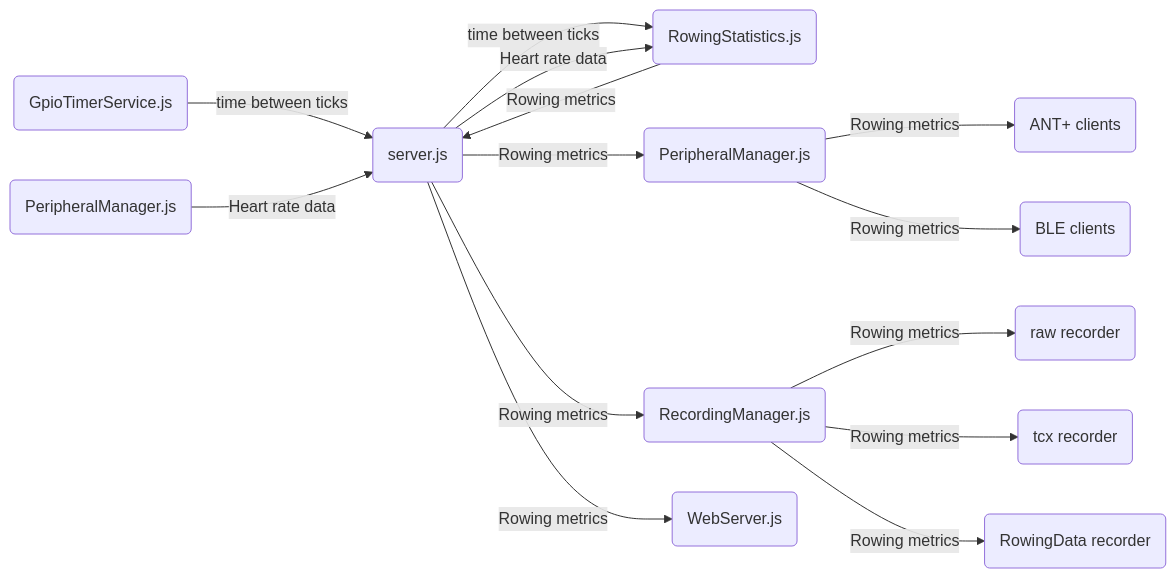
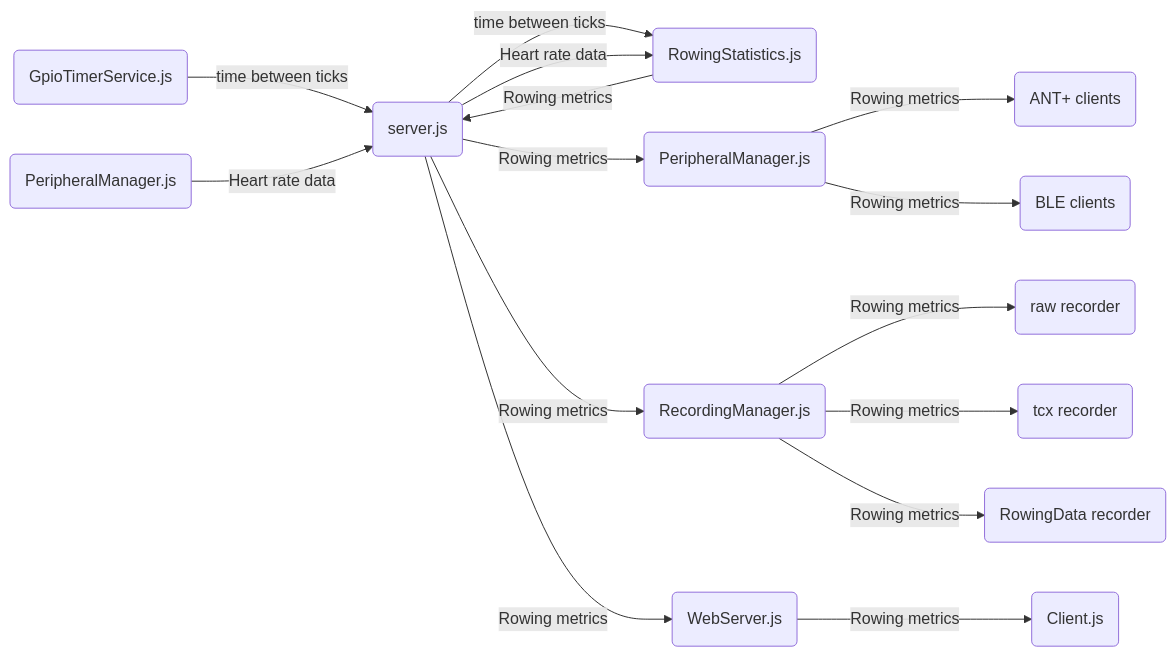
Before and after one commit to laberning/openrowingmonitor: the first of 5 diagrams in docs/Architecture.md, drawn with Mermaid.

Commit message:
Added the webclient

````diff
--- a/docs/Architecture.md
+++ b/docs/Architecture.md
@@ -20,16 +20,17 @@
 ```mermaid
 flowchart LR
 A(GpioTimerService.js) -->|time between ticks| B(server.js)
 C(PeripheralManager.js) -->|Heart rate data| B(server.js)
 B(server.js) -->|time between ticks| D(RowingStatistics.js)
 B(server.js) -->|Heart rate data| D(RowingStatistics.js)
 D(RowingStatistics.js) -->|Rowing metrics| B(server.js)
 B(server.js) -->|Rowing metrics| E(PeripheralManager.js)
 E(PeripheralManager.js) -->|Rowing metrics| F(ANT+ clients)
 E(PeripheralManager.js) -->|Rowing metrics| G(BLE clients)
 B(server.js) -->|Rowing metrics| H(RecordingManager.js)
 H(RecordingManager.js) -->|Rowing metrics| I(raw recorder)
 H(RecordingManager.js) -->|Rowing metrics| J(tcx recorder)
 H(RecordingManager.js) -->|Rowing metrics| K(RowingData recorder)
 B(server.js) -->|Rowing metrics| L(WebServer.js)
+L(WebServer.js) -->|Rowing metrics| M(Client.js)
 ```
````
